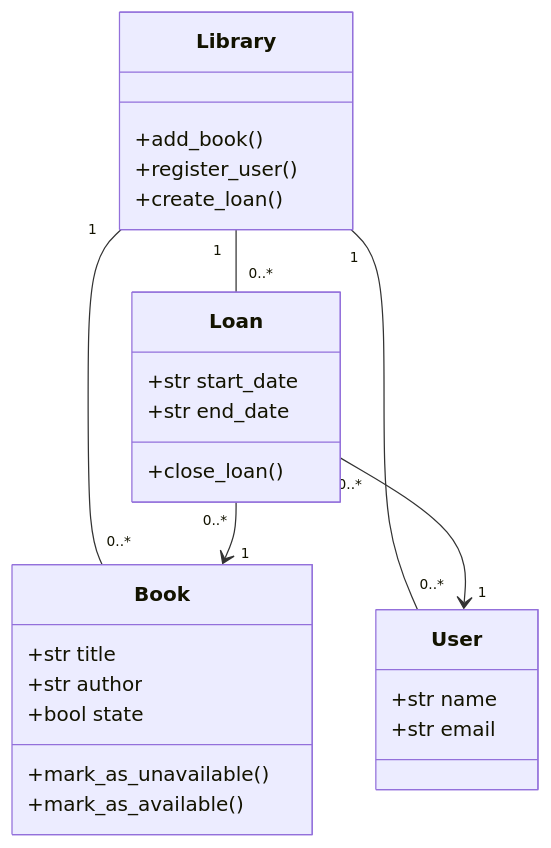
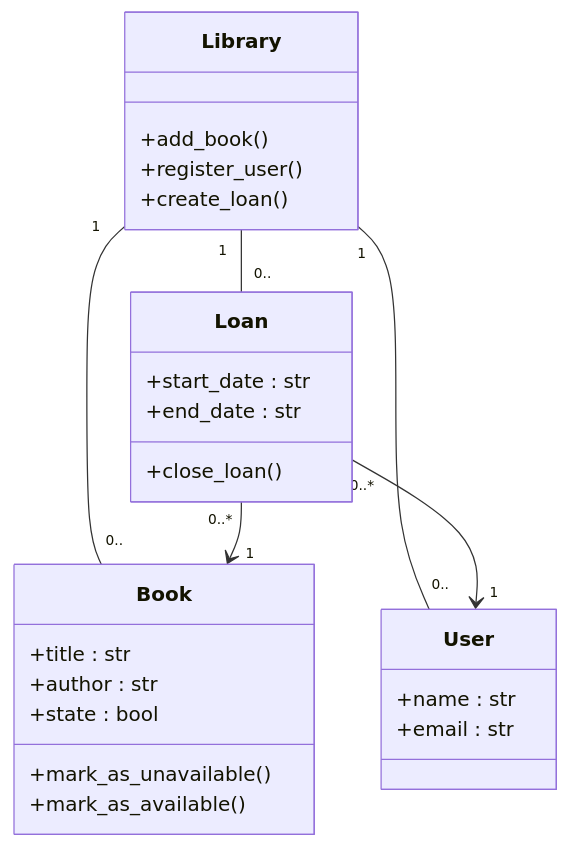
One commit to EvaGLN/holbertonschool-sw_design_architecture changed the diagram in uml_intro/0-class_diagram.mmd. Above: the diagram before and after it, drawn with Mermaid.

Commit message:
Fix: checker validated while wrong. Real expectations

```diff
--- a/uml_intro/0-class_diagram.mmd
+++ b/uml_intro/0-class_diagram.mmd
@@ -1,27 +1,27 @@
 classDiagram
-    Library "1" -- "0..*" Book
-    Library "1" -- "0..*" User
-    Library "1" -- "0..*" Loan
+    Library "1" -- "0.." Book
+    Library "1" -- "0.." User
+    Library "1" -- "0.." Loan
     Loan "0..*" --> "1" Book
     Loan "0..*" --> "1" User
     class Library{
         +add_book()
         +register_user()
         +create_loan()
     }
     class Book{
-        +str title
-        +str author
-        +bool state
+        +title : str
+        +author : str
+        +state : bool
         +mark_as_unavailable()
         +mark_as_available()
     }
     class User{
-        +str name
-        +str email
+        +name : str
+        +email : str
     }
     class Loan{
-        +str start_date
-        +str end_date
+        +start_date : str
+        +end_date : str
         +close_loan()
     }
```
